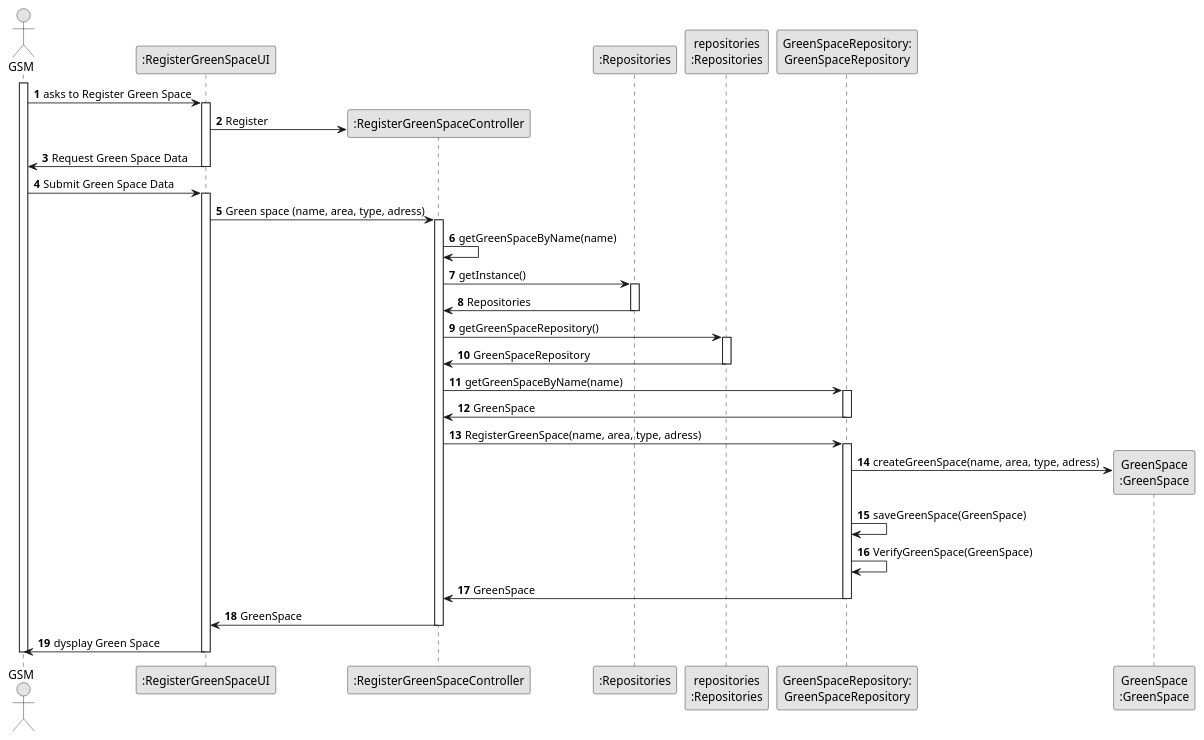
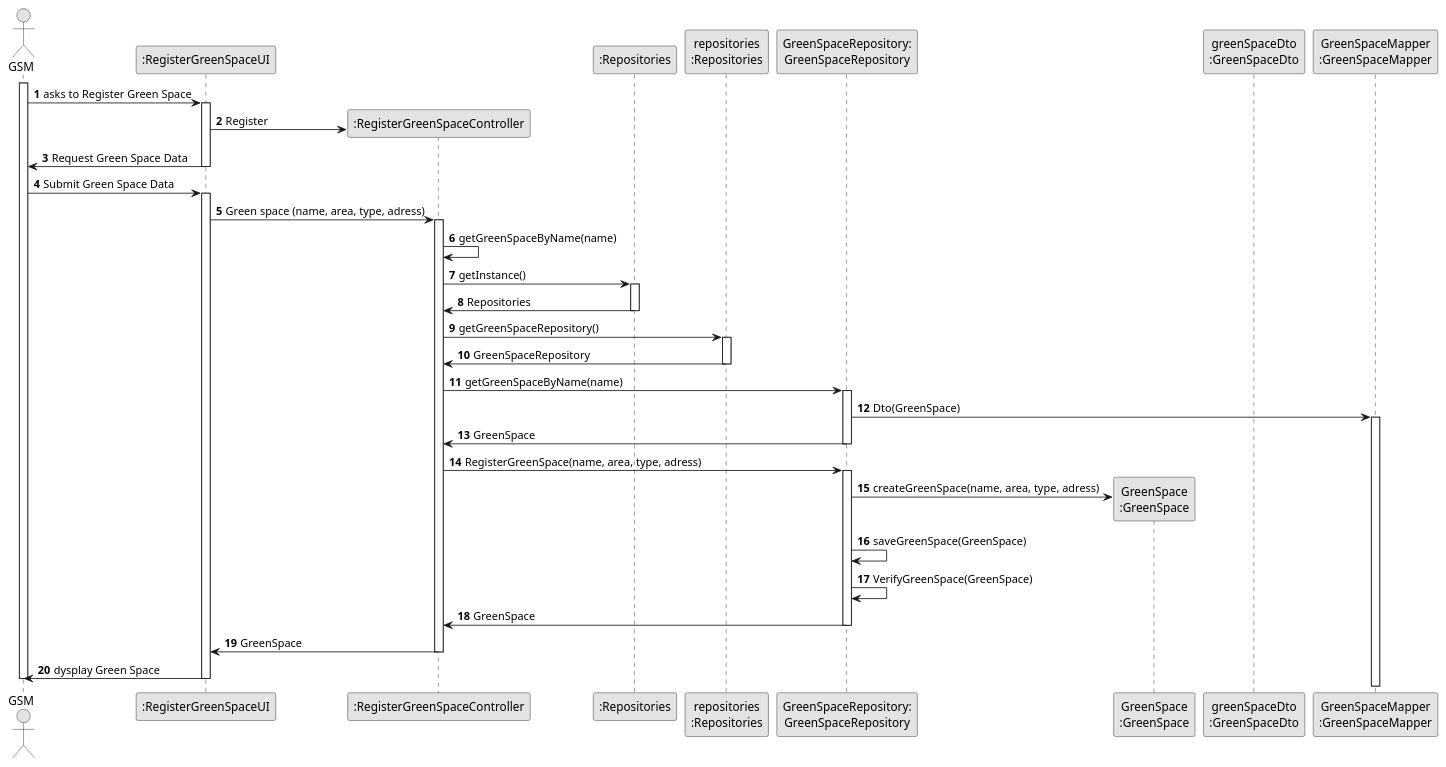
One commit to Departamento-de-Engenharia-Informatica/lei-24-s2-1dm-g132 changed the diagram in docs/sprintC/us020/03.design/puml/us020-sequence-diagram-full.puml. Above: the diagram before and after it, drawn with PlantUML. The commit also changed 1 other file, not shown here.

Commit message:
Changes in the us020 uml

```diff
--- a/docs/sprintC/us020/03.design/puml/us020-sequence-diagram-full.puml
+++ b/docs/sprintC/us020/03.design/puml/us020-sequence-diagram-full.puml
@@ -1,103 +1,109 @@
 @startuml
 skinparam monochrome true
 skinparam packageStyle rectangle
 skinparam shadowing false
 
 autonumber
 
 actor "GSM" as GSM
 participant ":RegisterGreenSpaceUI" as UI
 participant ":RegisterGreenSpaceController" as CTRL
 participant ":Repositories" as RepositorySingleton
 participant "repositories\n:Repositories" as PLAT
 participant "GreenSpaceRepository:\nGreenSpaceRepository" as GreenSpaceRepository
 participant "GreenSpace\n:GreenSpace" as GreenSpace
+participant "greenSpaceDto\n:GreenSpaceDto" as GreenSpaceDto
+participant "GreenSpaceMapper\n:GreenSpaceMapper" as GreenSpaceMapper
 
 activate GSM
 
         GSM -> UI : asks to Register Green Space
 
         activate UI
 
         UI -> CTRL** : Register
 
         UI ->GSM : Request Green Space Data
 
         deactivate UI
 
         GSM -> UI : Submit Green Space Data
 
         activate UI
 
         UI -> CTRL : Green space (name, area, type, adress)
 
         activate CTRL
 
         CTRL -> CTRL : getGreenSpaceByName(name)
 
         CTRL -> RepositorySingleton : getInstance()
 
         activate RepositorySingleton
 
         RepositorySingleton -> CTRL : Repositories
 
         deactivate RepositorySingleton
 
         CTRL -> PLAT : getGreenSpaceRepository()
 
         activate PLAT
 
         PLAT -> CTRL : GreenSpaceRepository
 
         deactivate PLAT
 
         CTRL -> GreenSpaceRepository : getGreenSpaceByName(name)
 
         activate GreenSpaceRepository
+
+        GreenSpaceRepository -> GreenSpaceMapper : Dto(GreenSpace)
+
+        activate GreenSpaceMapper
 
         GreenSpaceRepository -> CTRL : GreenSpace
 
         deactivate GreenSpaceRepository
 
         CTRL -> GreenSpaceRepository : RegisterGreenSpace(name, area, type, adress)
 
         activate GreenSpaceRepository
 
         GreenSpaceRepository -> GreenSpace** : createGreenSpace(name, area, type, adress)
 
 
         GreenSpaceRepository -> GreenSpaceRepository : saveGreenSpace(GreenSpace)
 
         GreenSpaceRepository -> GreenSpaceRepository : VerifyGreenSpace(GreenSpace)
 
         GreenSpaceRepository -> CTRL : GreenSpace
 
         deactivate GreenSpaceRepository
 
         CTRL -> UI : GreenSpace
 
         deactivate CTRL
 
         UI -> GSM : dysplay Green Space
 
         deactivate UI
 
         deactivate GSM
 
 
 
 
 
 
 
 
 
 
 
 
 
 
 
 
 
 @enduml
```
